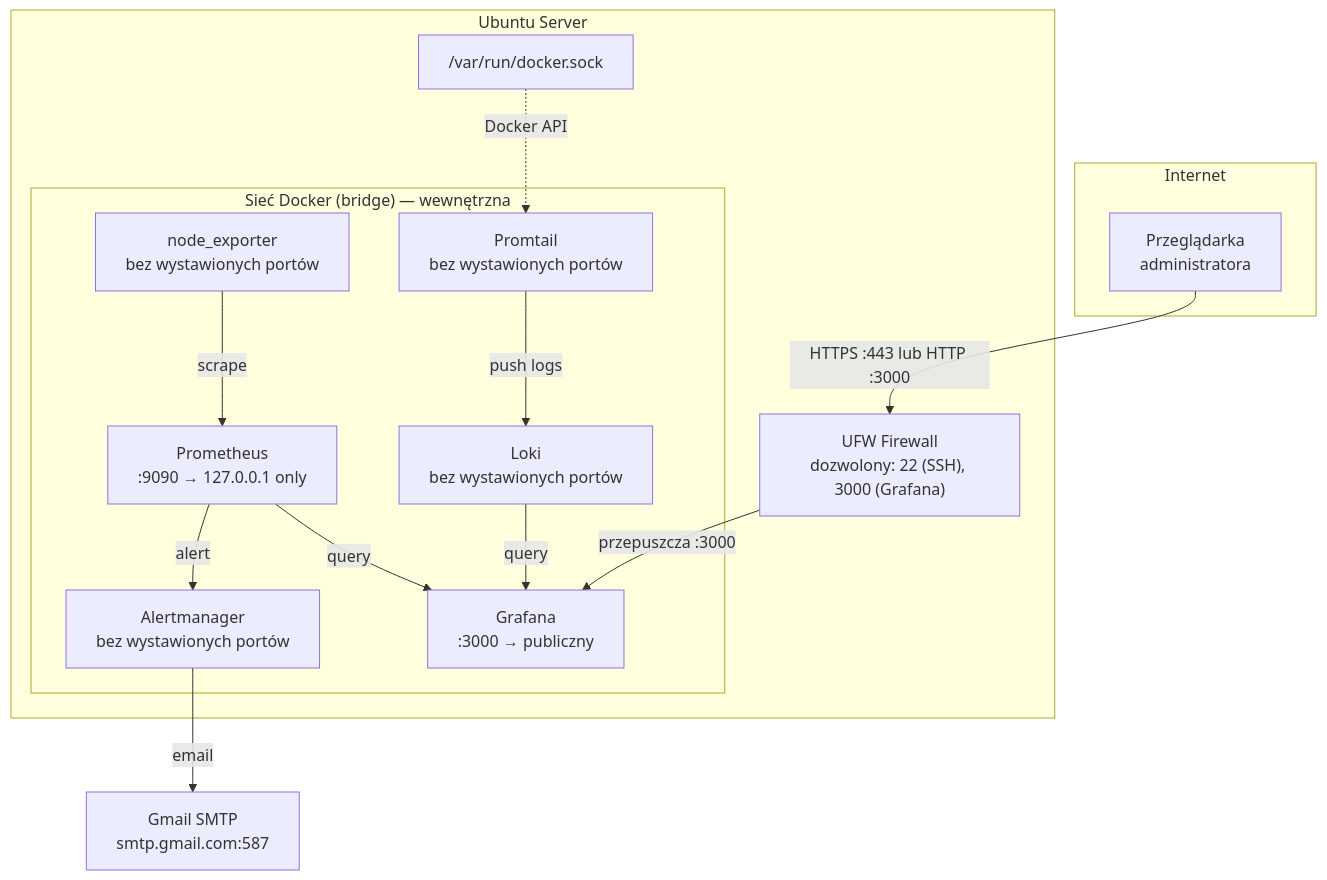
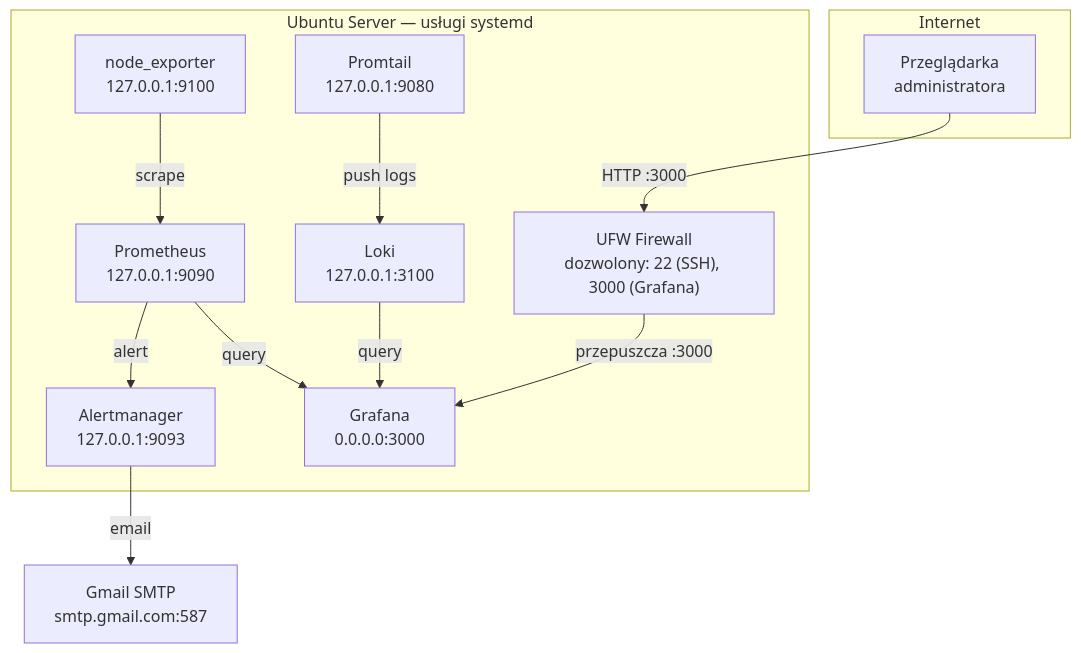
Before and after one commit to jeti20/Monitoring-Stack-Prometheus-Grafana-Node-Exporter: the diagram in README-onprem.md, drawn with Mermaid. The commit also changed other lines of this file and 13 other files, not shown here.

First line of the commit message:
refactor(onprem): replace Docker/docker-compose with native binaries and systemd

````diff
--- a/README-onprem.md
+++ b/README-onprem.md
@@ -9,32 +9,28 @@
 ```mermaid
 graph TB
     subgraph INTERNET["Internet"]
         USER["Przeglądarka\nadministratora"]
     end
 
-    subgraph SERVER["Ubuntu Server"]
-        subgraph DOCKER["Sieć Docker (bridge) — wewnętrzna"]
-            NE["node_exporter\nbez wystawionych portów"]
-            PROM["Prometheus\n:9090 → 127.0.0.1 only"]
-            AM["Alertmanager\nbez wystawionych portów"]
-            GF["Grafana\n:3000 → publiczny"]
-            LOKI["Loki\nbez wystawionych portów"]
-            PT["Promtail\nbez wystawionych portów"]
-        end
+    subgraph SERVER["Ubuntu Server — usługi systemd"]
+        FW["UFW Firewall\ndozwolony: 22 (SSH), 3000 (Grafana)"]
 
-        FW["UFW Firewall\ndozwolony: 22 (SSH), 3000 (Grafana)"]
-        SOCK["/var/run/docker.sock"]
+        NE["node_exporter\n127.0.0.1:9100"]
+        PROM["Prometheus\n127.0.0.1:9090"]
+        AM["Alertmanager\n127.0.0.1:9093"]
+        GF["Grafana\n0.0.0.0:3000"]
+        LOKI["Loki\n127.0.0.1:3100"]
+        PT["Promtail\n127.0.0.1:9080"]
     end
 
     SMTP["Gmail SMTP\nsmtp.gmail.com:587"]
 
-    USER -->|"HTTPS :443 lub HTTP :3000"| FW
+    USER -->|"HTTP :3000"| FW
     FW -->|"przepuszcza :3000"| GF
     NE -->|"scrape"| PROM
     PROM -->|"alert"| AM
     AM -->|"email"| SMTP
     PT -->|"push logs"| LOKI
     LOKI -->|"query"| GF
     PROM -->|"query"| GF
-    SOCK -.->|"Docker API"| PT
 ```
````
